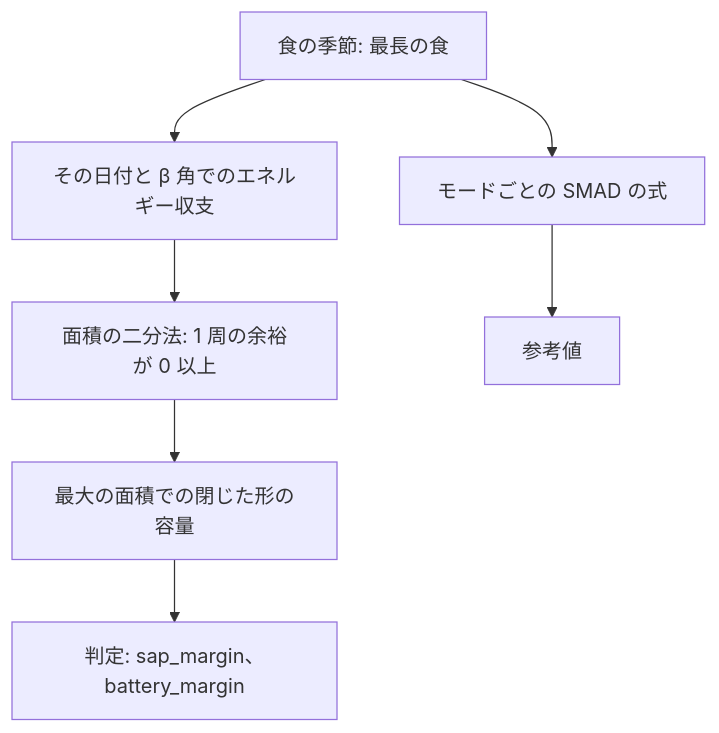
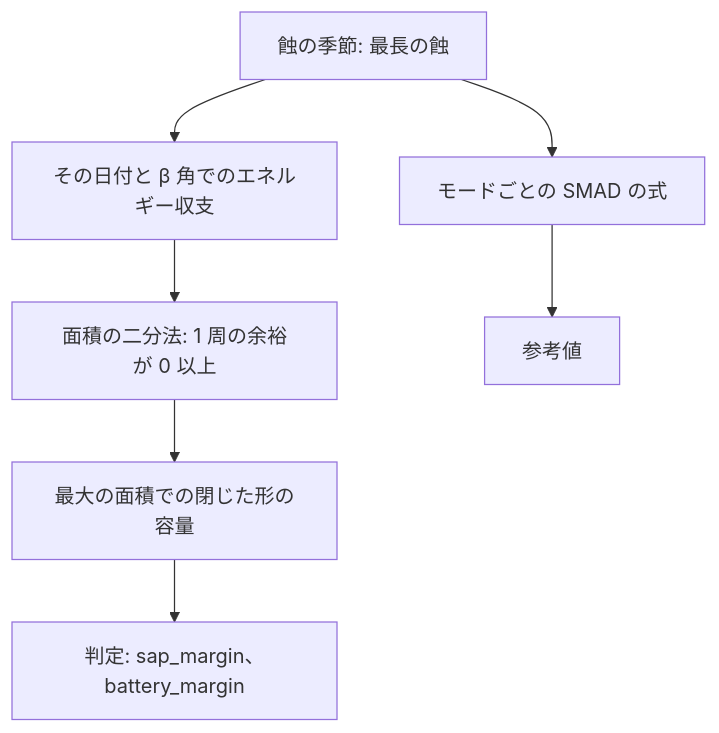
The third of 3 diagrams in docs/ja/analyses/power.md (akira-nkjm/iwafune), drawn with Mermaid before and after one commit. The commit also changed other lines of this file and 15 other files, not shown here.

````diff
--- a/docs/ja/analyses/power.md
+++ b/docs/ja/analyses/power.md
@@ -593,9 +593,9 @@
 ```mermaid
 flowchart TD
-  A["食の季節: 最長の食"] --> B["モードごとの SMAD の式"]
+  A["蝕の季節: 最長の蝕"] --> B["モードごとの SMAD の式"]
   A --> C["その日付と β 角でのエネルギー収支"]
   C --> D["面積の二分法: 1 周の余裕が 0 以上"]
   D --> E["最大の面積での閉じた形の容量"]
   B --> F["参考値"]
   E --> G["判定: sap_margin、battery_margin"]
 ```
````
